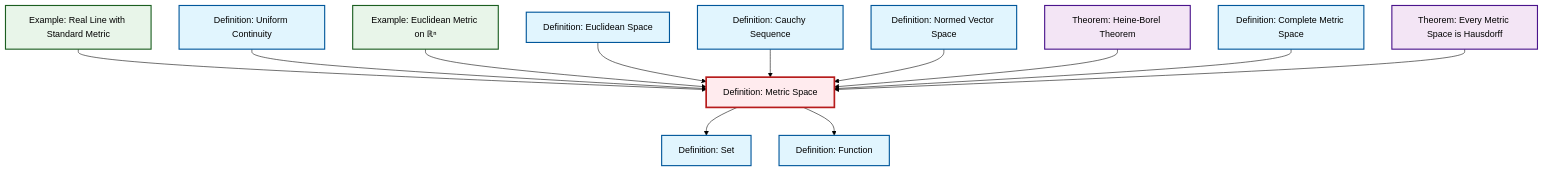
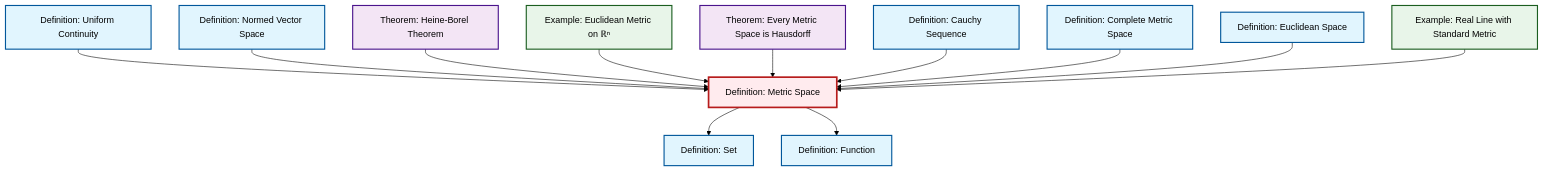
The diagram in content/en/analysis/def-metric-space.qmd (RK0429/ModernMath), drawn with Mermaid (forest theme) before and after one commit. The commit also changed other lines of this file and 597 other files, not shown here.

````diff
--- a/content/en/analysis/def-metric-space.qmd
+++ b/content/en/analysis/def-metric-space.qmd
@@ -51,44 +51,44 @@
 ```{mermaid}
 %%| fig-cap: "Local dependency graph"
 graph TD
     classDef definition fill:#e1f5fe,stroke:#01579b,stroke-width:2px
     classDef theorem fill:#f3e5f5,stroke:#4a148c,stroke-width:2px
     classDef axiom fill:#fff3e0,stroke:#e65100,stroke-width:2px
     classDef example fill:#e8f5e9,stroke:#1b5e20,stroke-width:2px
     classDef current fill:#ffebee,stroke:#b71c1c,stroke-width:3px
+    def-complete-metric-space["Definition: Complete Metric Space"]:::definition
+    ex-euclidean-metric["Example: Euclidean Metric on ℝⁿ"]:::example
+    ex-real-line-metric["Example: Real Line with Standard Metric"]:::example
+    def-euclidean-space["Definition: Euclidean Space"]:::definition
+    thm-heine-borel["Theorem: Heine-Borel Theorem"]:::theorem
+    thm-metric-hausdorff["Theorem: Every Metric Space is Hausdorff"]:::theorem
+    def-uniform-continuity["Definition: Uniform Continuity"]:::definition
+    def-function["Definition: Function"]:::definition
+    def-metric-space["Definition: Metric Space"]:::definition
+    def-set["Definition: Set"]:::definition
+    def-cauchy-sequence["Definition: Cauchy Sequence"]:::definition
     def-normed-vector-space["Definition: Normed Vector Space"]:::definition
-    ex-real-line-metric["Example: Real Line with Standard Metric"]:::example
-    def-function["Definition: Function"]:::definition
-    thm-heine-borel["Theorem: Heine-Borel Theorem"]:::theorem
-    def-euclidean-space["Definition: Euclidean Space"]:::definition
-    def-uniform-continuity["Definition: Uniform Continuity"]:::definition
-    thm-metric-hausdorff["Theorem: Every Metric Space is Hausdorff"]:::theorem
-    ex-euclidean-metric["Example: Euclidean Metric on ℝⁿ"]:::example
-    def-metric-space["Definition: Metric Space"]:::definition
-    def-cauchy-sequence["Definition: Cauchy Sequence"]:::definition
-    def-set["Definition: Set"]:::definition
-    def-complete-metric-space["Definition: Complete Metric Space"]:::definition
-    ex-real-line-metric --> def-metric-space
     def-uniform-continuity --> def-metric-space
-    ex-euclidean-metric --> def-metric-space
-    def-euclidean-space --> def-metric-space
-    def-cauchy-sequence --> def-metric-space
-    def-metric-space --> def-set
     def-normed-vector-space --> def-metric-space
     thm-heine-borel --> def-metric-space
+    def-metric-space --> def-set
     def-metric-space --> def-function
+    ex-euclidean-metric --> def-metric-space
+    thm-metric-hausdorff --> def-metric-space
+    def-cauchy-sequence --> def-metric-space
     def-complete-metric-space --> def-metric-space
-    thm-metric-hausdorff --> def-metric-space
+    def-euclidean-space --> def-metric-space
+    ex-real-line-metric --> def-metric-space
     class def-metric-space current
+    click def-complete-metric-space "def-complete-metric-space.html" "Go to Complete Metric Space definition"
+    click ex-euclidean-metric "ex-euclidean-metric.html" "Go to Euclidean Metric on ℝⁿ example"
+    click ex-real-line-metric "ex-real-line-metric.html" "Go to Real Line with Standard Metric example"
+    click def-euclidean-space "def-euclidean-space.html" "Go to Euclidean Space definition"
+    click thm-heine-borel "thm-heine-borel.html" "Go to Heine-Borel Theorem theorem"
+    click thm-metric-hausdorff "thm-metric-hausdorff.html" "Go to Every Metric Space is Hausdorff theorem"
+    click def-uniform-continuity "def-uniform-continuity.html" "Go to Uniform Continuity definition"
+    click def-function "def-function.html" "Go to Function definition"
+    click def-set "def-set.html" "Go to Set definition"
+    click def-cauchy-sequence "def-cauchy-sequence.html" "Go to Cauchy Sequence definition"
     click def-normed-vector-space "def-normed-vector-space.html" "Go to Normed Vector Space definition"
-    click ex-real-line-metric "ex-real-line-metric.html" "Go to Real Line with Standard Metric example"
-    click def-function "def-function.html" "Go to Function definition"
-    click thm-heine-borel "thm-heine-borel.html" "Go to Heine-Borel Theorem theorem"
-    click def-euclidean-space "def-euclidean-space.html" "Go to Euclidean Space definition"
-    click def-uniform-continuity "def-uniform-continuity.html" "Go to Uniform Continuity definition"
-    click thm-metric-hausdorff "thm-metric-hausdorff.html" "Go to Every Metric Space is Hausdorff theorem"
-    click ex-euclidean-metric "ex-euclidean-metric.html" "Go to Euclidean Metric on ℝⁿ example"
-    click def-cauchy-sequence "def-cauchy-sequence.html" "Go to Cauchy Sequence definition"
-    click def-set "def-set.html" "Go to Set definition"
-    click def-complete-metric-space "def-complete-metric-space.html" "Go to Complete Metric Space definition"
 ```
````
